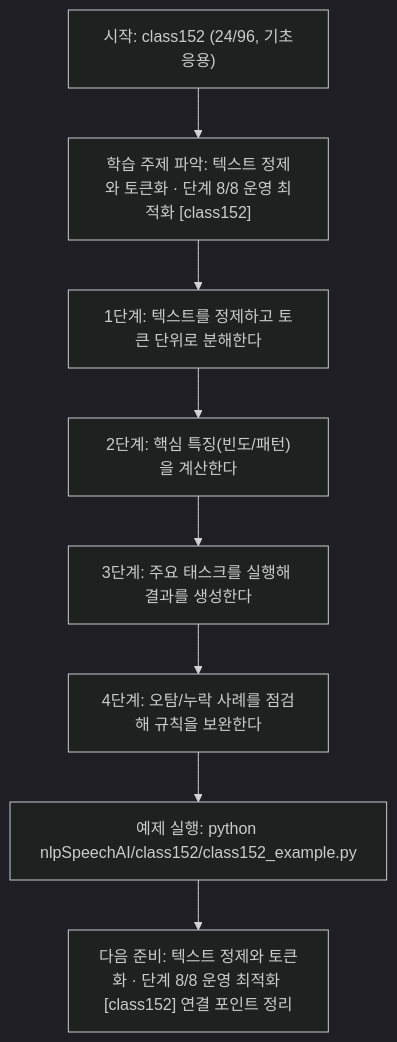
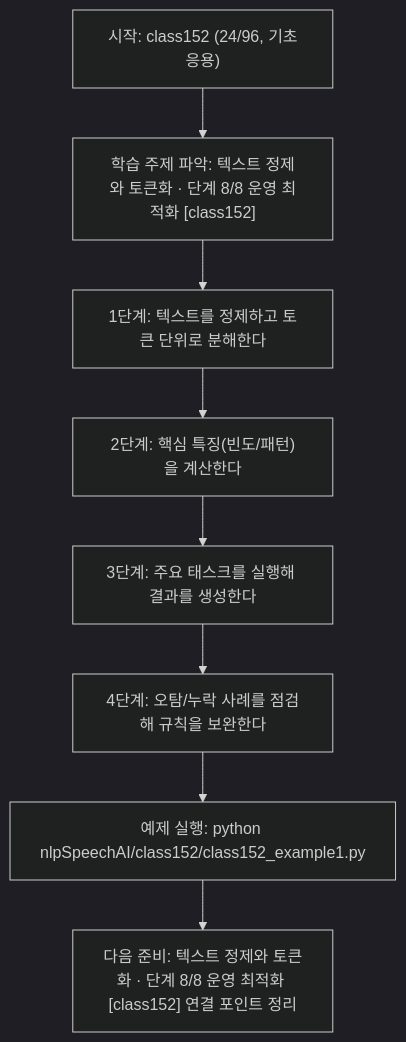
The diagram in nlpSpeechAI/class152/class152.md (edumgt/Python-AI_Agent-Class), drawn with Mermaid (dark theme) before and after one commit. The commit also changed other lines of this file and 2959 other files, not shown here.

````diff
--- a/nlpSpeechAI/class152/class152.md
+++ b/nlpSpeechAI/class152/class152.md
@@ -114,18 +114,18 @@
 ```mermaid
 flowchart TD
 N1["시작: class152 (24/96, 기초응용)"]
 N2["학습 주제 파악: 텍스트 정제와 토큰화 · 단계 8/8 운영 최적화 [class152]"]
 N3["1단계: 텍스트를 정제하고 토큰 단위로 분해한다"]
 N4["2단계: 핵심 특징(빈도/패턴)을 계산한다"]
 N5["3단계: 주요 태스크를 실행해 결과를 생성한다"]
 N6["4단계: 오탐/누락 사례를 점검해 규칙을 보완한다"]
-N7["예제 실행: python nlpSpeechAI/class152/class152_example.py"]
+N7["예제 실행: python nlpSpeechAI/class152/class152_example1.py"]
 N8["다음 준비: 텍스트 정제와 토큰화 · 단계 8/8 운영 최적화 [class152] 연결 포인트 정리"]
 N1 --> N2
 N2 --> N3
 N3 --> N4
 N4 --> N5
 N5 --> N6
 N6 --> N7
 N7 --> N8
 ```
````
